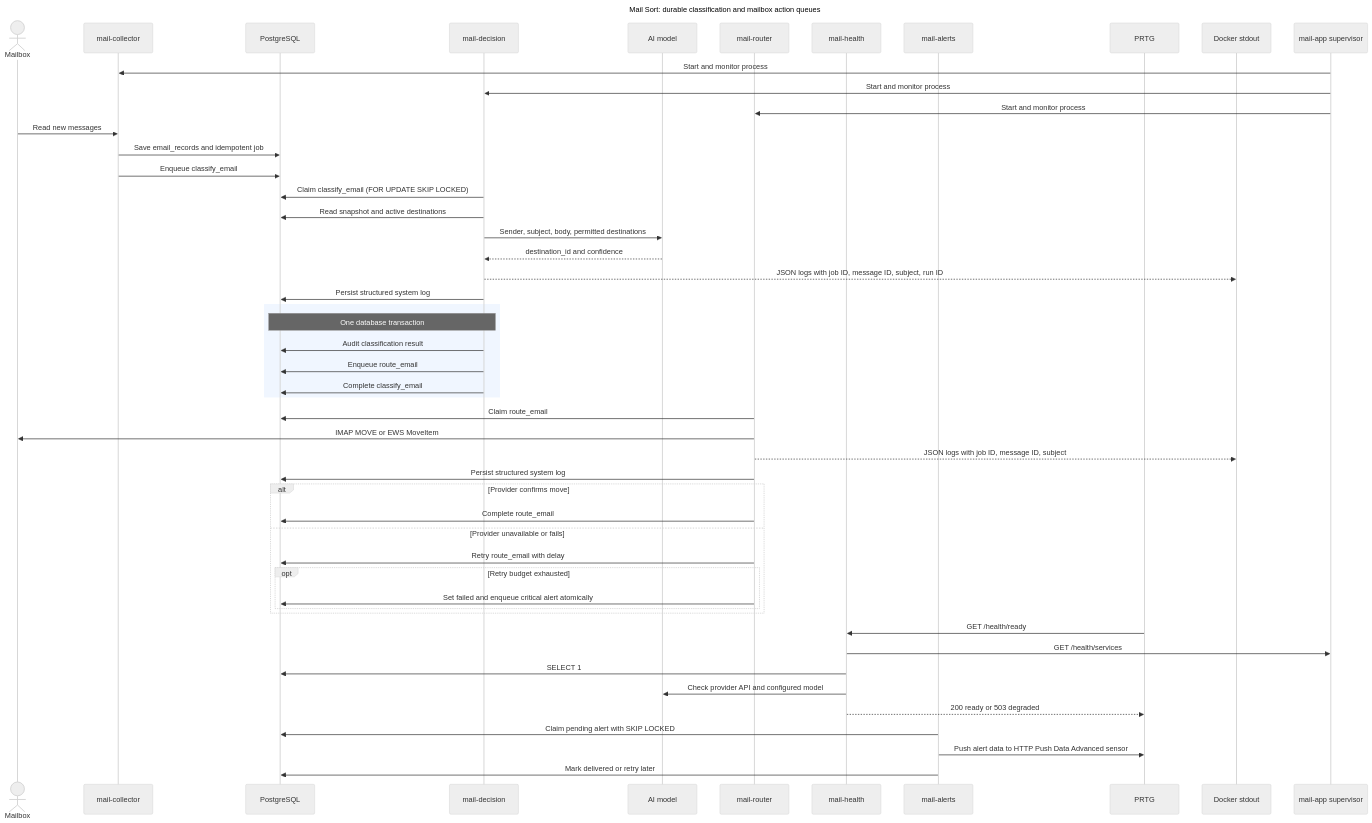
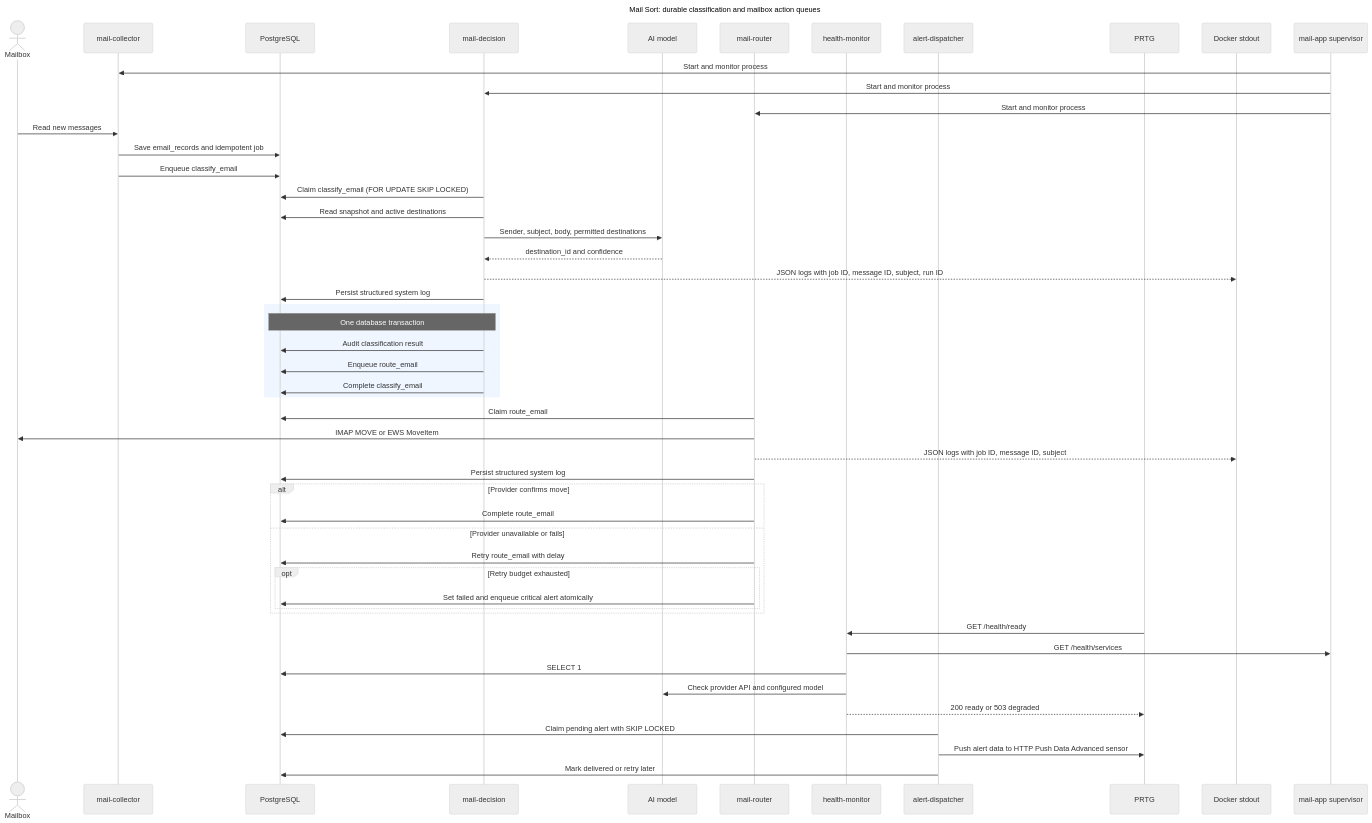
One commit to trubnikovr/mail_sort_ai changed the diagram in docs/mail-processing.mmd. Above: the diagram before and after it, drawn with Mermaid (neutral theme). The commit also changed 71 other files, not shown here.

```diff
--- a/docs/mail-processing.mmd
+++ b/docs/mail-processing.mmd
@@ -1,58 +1,58 @@
 sequenceDiagram
     title Mail Sort: durable classification and mailbox action queues
 
     actor Mailbox
     participant Collector as mail-collector
     participant DB as PostgreSQL
     participant Decision as mail-decision
     participant AI as AI model
     participant Router as mail-router
-    participant Health as mail-health
-    participant Alerts as mail-alerts
+    participant Health as health-monitor
+    participant Alerts as alert-dispatcher
     participant PRTG
     participant Docker as Docker stdout
     participant Supervisor as mail-app supervisor
 
     Supervisor->>Collector: Start and monitor process
     Supervisor->>Decision: Start and monitor process
     Supervisor->>Router: Start and monitor process
 
     Mailbox->>Collector: Read new messages
     Collector->>DB: Save email_records and idempotent job
     Collector->>DB: Enqueue classify_email
 
     Decision->>DB: Claim classify_email (FOR UPDATE SKIP LOCKED)
     Decision->>DB: Read snapshot and active destinations
     Decision->>AI: Sender, subject, body, permitted destinations
     AI-->>Decision: destination_id and confidence
     Decision-->>Docker: JSON logs with job ID, message ID, subject, run ID
     Decision->>DB: Persist structured system log
 
     rect rgb(240, 246, 255)
         Note over Decision,DB: One database transaction
         Decision->>DB: Audit classification result
         Decision->>DB: Enqueue route_email
         Decision->>DB: Complete classify_email
     end
 
     Router->>DB: Claim route_email
     Router->>Mailbox: IMAP MOVE or EWS MoveItem
     Router-->>Docker: JSON logs with job ID, message ID, subject
     Router->>DB: Persist structured system log
     alt Provider confirms move
         Router->>DB: Complete route_email
     else Provider unavailable or fails
         Router->>DB: Retry route_email with delay
         opt Retry budget exhausted
             Router->>DB: Set failed and enqueue critical alert atomically
         end
     end
 
     PRTG->>Health: GET /health/ready
     Health->>Supervisor: GET /health/services
     Health->>DB: SELECT 1
     Health->>AI: Check provider API and configured model
     Health-->>PRTG: 200 ready or 503 degraded
     Alerts->>DB: Claim pending alert with SKIP LOCKED
     Alerts->>PRTG: Push alert data to HTTP Push Data Advanced sensor
     Alerts->>DB: Mark delivered or retry later
```
